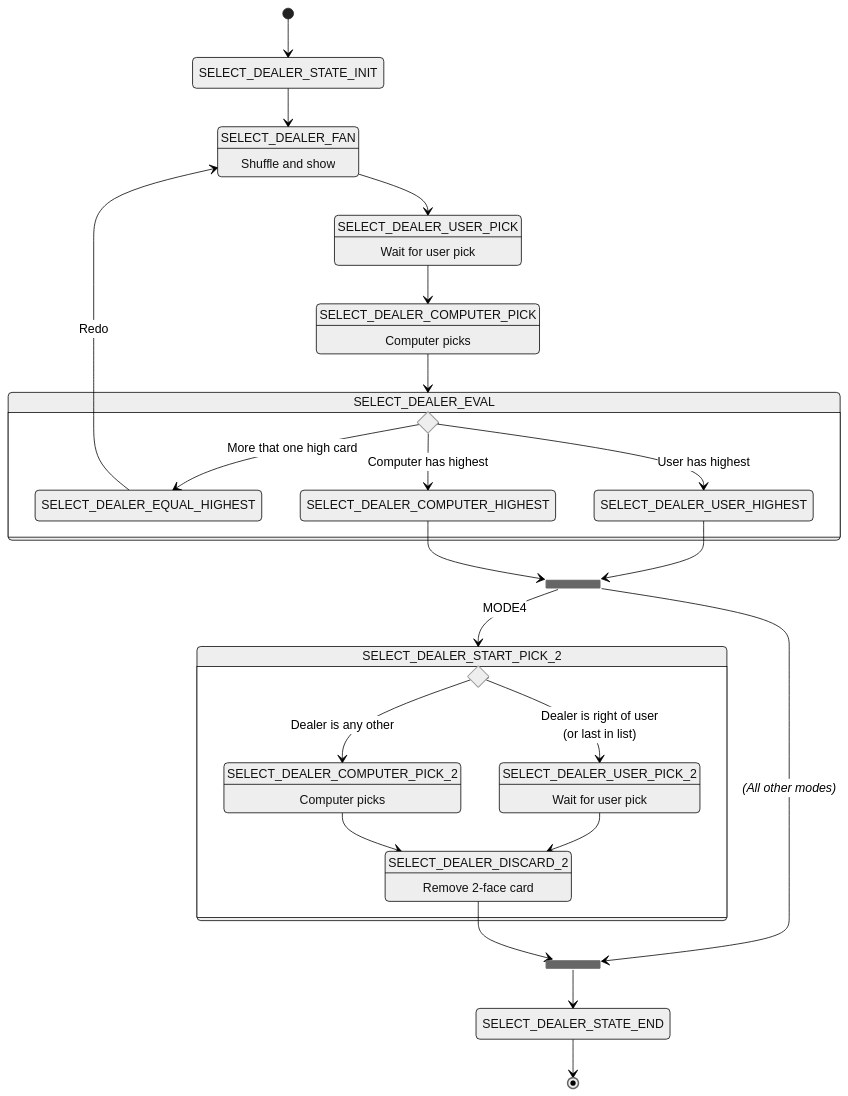
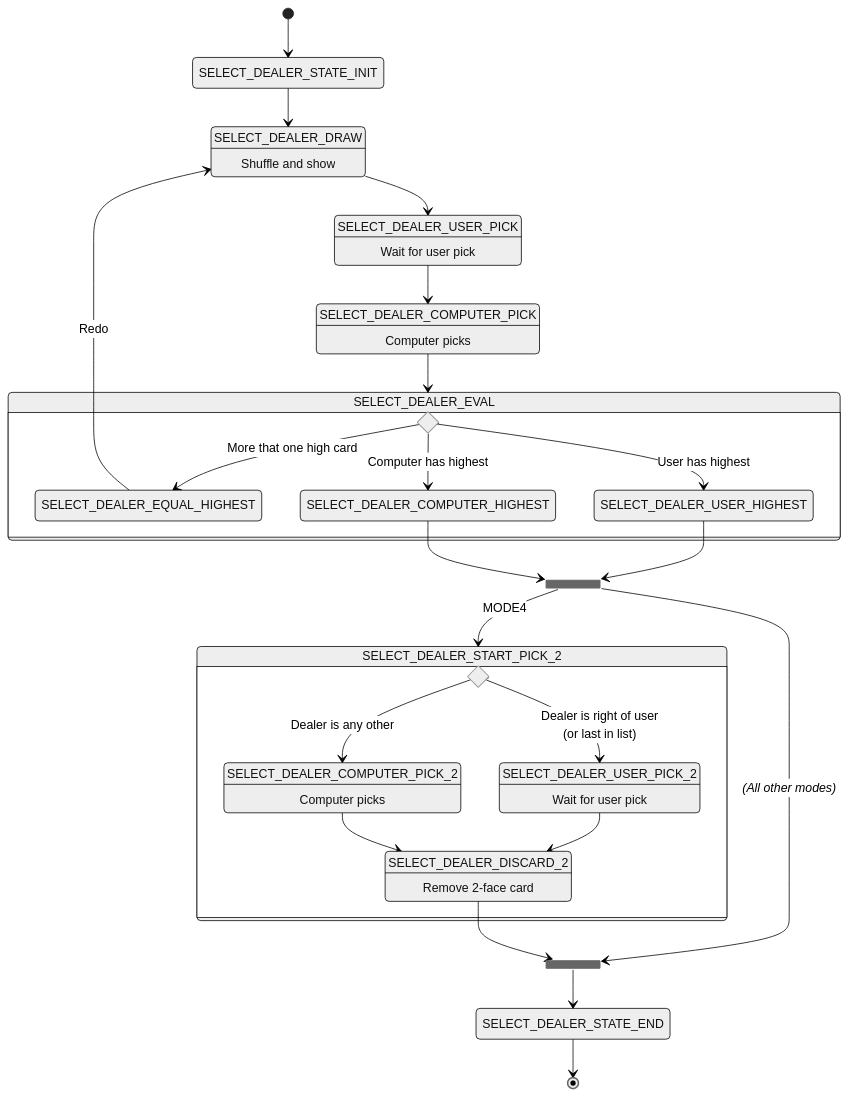
The fifth of 9 diagrams in docs/game-state.md (silvinor/bisca), drawn with Mermaid (neutral theme) before and after one commit. The commit also changed other lines of this file and 38 other files, not shown here.

````diff
--- a/docs/game-state.md
+++ b/docs/game-state.md
@@ -129,54 +131,54 @@
 ```mermaid
 stateDiagram-v2
 
     state "SELECT_DEALER_STATE_INIT" as INIT
-    state "SELECT_DEALER_FAN" as FAN : Shuffle and show
+    state "SELECT_DEALER_DRAW" as FAN : Shuffle and show
     state "SELECT_DEALER_USER_PICK" as USER_PICK : Wait for user pick
     state "SELECT_DEALER_COMPUTER_PICK" as COMPUTER_PICK : Computer picks
     state "SELECT_DEALER_EVAL" as EVAL {
       state if_2 <<choice>>
       state "SELECT_DEALER_EQUAL_HIGHEST" as EQUAL_HIGHEST
       state "SELECT_DEALER_USER_HIGHEST" as USER_HIGHEST
       state "SELECT_DEALER_COMPUTER_HIGHEST" as COMPUTER_HIGHEST
     }
     state frk_2 <<fork>>
     state jne_2 <<join>>
     state "SELECT_DEALER_START_PICK_2" as MODE4 {
         state if_3 <<choice>>
         state "SELECT_DEALER_USER_PICK_2" as USER_PICK2 : Wait for user pick
         state "SELECT_DEALER_COMPUTER_PICK_2" as COMPUTER_PICK2 : Computer picks
         state "SELECT_DEALER_DISCARD_2" as DISCARD2 : Remove 2-face card
     }
     state "SELECT_DEALER_STATE_END" as END
 
 
     [*] --> INIT
     INIT --> FAN
     FAN --> USER_PICK
     USER_PICK --> COMPUTER_PICK
     COMPUTER_PICK --> EVAL
     EVAL --> if_2
     if_2 --> EQUAL_HIGHEST : More that one high card
     if_2 --> USER_HIGHEST : User has highest
     if_2 --> COMPUTER_HIGHEST : Computer has highest
 
     EQUAL_HIGHEST --> FAN : Redo
 
     USER_HIGHEST --> frk_2
     COMPUTER_HIGHEST --> frk_2
     frk_2 --> jne_2 : *(All other modes)*
     jne_2 --> END
 
     frk_2 --> MODE4 : MODE4
     if_3 --> USER_PICK2 : Dealer is right of user<br>(or last in list)
 
 
     if_3 --> COMPUTER_PICK2 : Dealer is any other
     MODE4 --> if_3
     USER_PICK2 --> DISCARD2
     COMPUTER_PICK2 --> DISCARD2
 
     DISCARD2 --> jne_2
 
     END --> [*]
 ```
````
